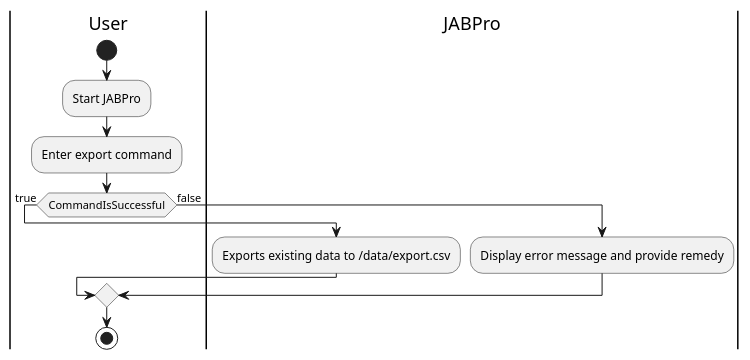
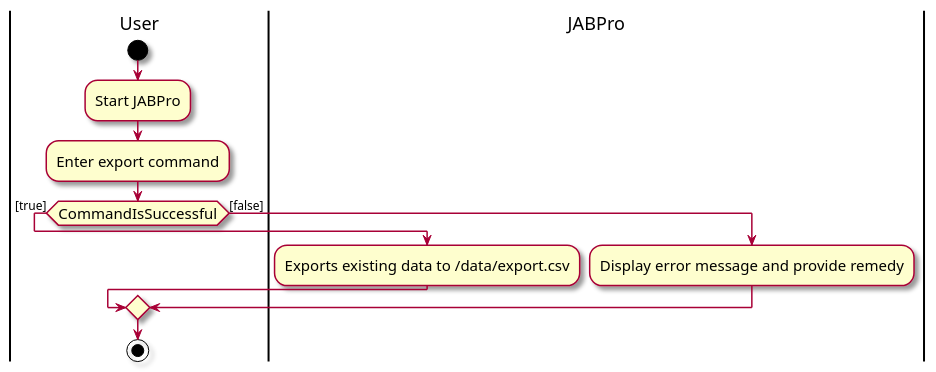
Before and after one commit to AriellaCallista/tp: the diagram in diagrams/ExportActivityDiagram.puml, drawn with PlantUML. The commit also changed 52 other files, not shown here.

```diff
--- a/diagrams/ExportActivityDiagram.puml
+++ b/diagrams/ExportActivityDiagram.puml
@@ -1,19 +1,25 @@
 @startuml
+skin rose
+skinparam ActivityFontSize 15
+skinparam ArrowFontSize 12
 'https://plantuml.com/activity-diagram-beta
+skin rose
+skinparam ActivityFontSize 15
+skinparam ArrowFontSize 12
 |User|
 start
 :Start JABPro;
 :Enter export command;
-if (CommandIsSuccessful) then (true)
+if (CommandIsSuccessful) then ([true])
   |JABPro|
   :Exports existing data to /data/export.csv;
-else (false)
+else ([false])
   |JABPro|
   :Display error message and provide remedy;
   |User|
 
 endif
 
 stop
 
 @enduml
```
